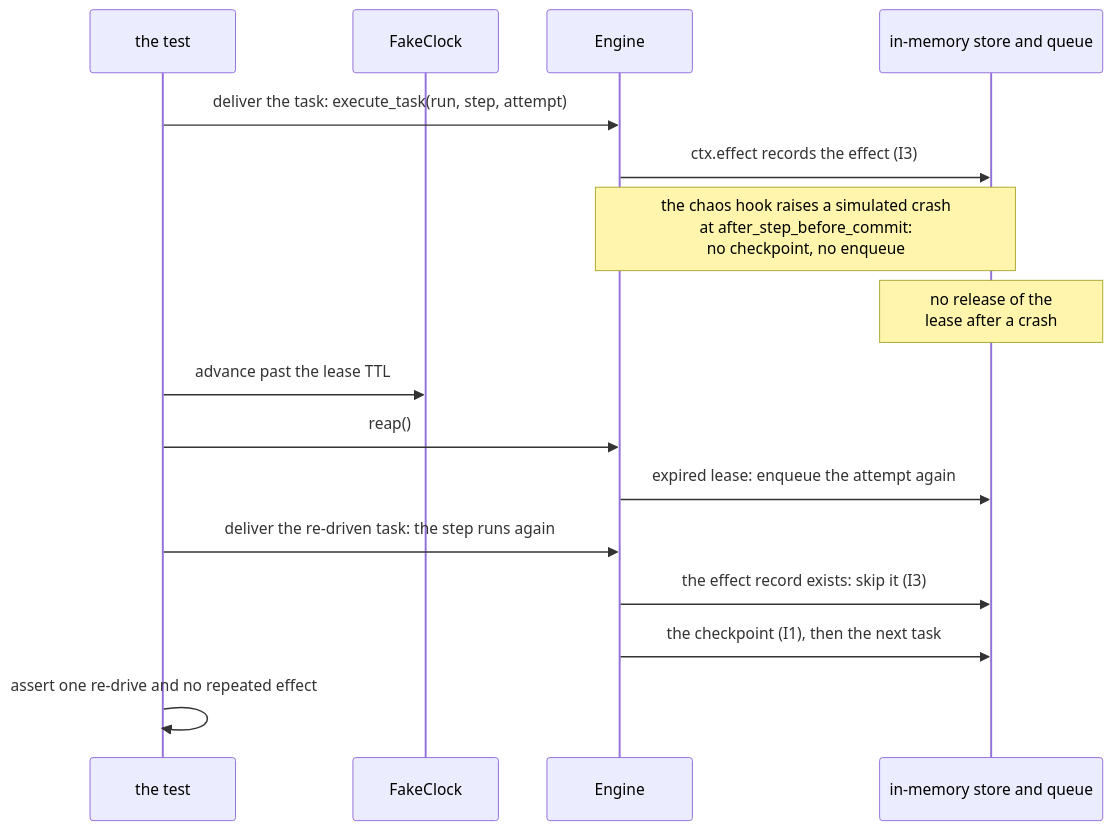
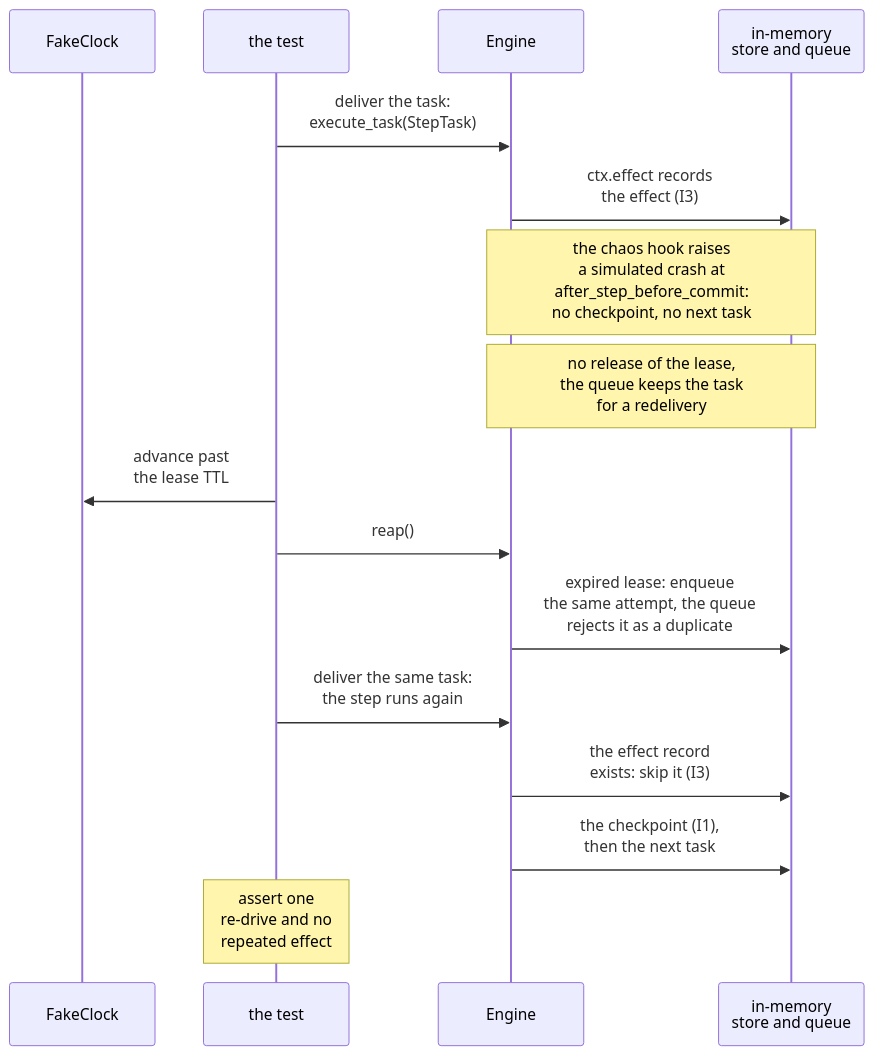
Before and after one commit to aniryou/full-stack-agentic-engineer: the diagram in 07-application-agent-framework/long-running-durable/lra-gcp/docs/primer.md, drawn with Mermaid. The commit also changed other lines of this file and 29 other files, not shown here.

````diff
--- a/07-application-agent-framework/long-running-durable/lra-gcp/docs/primer.md
+++ b/07-application-agent-framework/long-running-durable/lra-gcp/docs/primer.md
@@ -419,18 +419,18 @@
 ```mermaid
 sequenceDiagram
+    participant K as FakeClock
     participant T as the test
-    participant K as FakeClock
     participant E as Engine
-    participant S as in-memory store and queue
-    T->>E: deliver the task: execute_task(run, step, attempt)
-    E->>S: ctx.effect records the effect (I3)
-    Note over E,S: the chaos hook raises a simulated crash<br/>at after_step_before_commit:<br/>no checkpoint, no enqueue
-    Note over S: no release of the<br/>lease after a crash
-    T->>K: advance past the lease TTL
+    participant S as in-memory<br/>store and queue
+    T->>E: deliver the task:<br/>execute_task(StepTask)
+    E->>S: ctx.effect records<br/>the effect (I3)
+    Note over E,S: the chaos hook raises<br/>a simulated crash at<br/>after_step_before_commit:<br/>no checkpoint, no next task
+    Note over E,S: no release of the lease,<br/>the queue keeps the task<br/>for a redelivery
+    T->>K: advance past<br/>the lease TTL
     T->>E: reap()
-    E->>S: expired lease: enqueue the attempt again
-    T->>E: deliver the re-driven task: the step runs again
-    E->>S: the effect record exists: skip it (I3)
-    E->>S: the checkpoint (I1), then the next task
-    T->>T: assert one re-drive and no repeated effect
+    E->>S: expired lease: enqueue<br/>the same attempt, the queue<br/>rejects it as a duplicate
+    T->>E: deliver the same task:<br/>the step runs again
+    E->>S: the effect record<br/>exists: skip it (I3)
+    E->>S: the checkpoint (I1),<br/>then the next task
+    Note over T: assert one<br/>re-drive and no<br/>repeated effect
 ```
````
